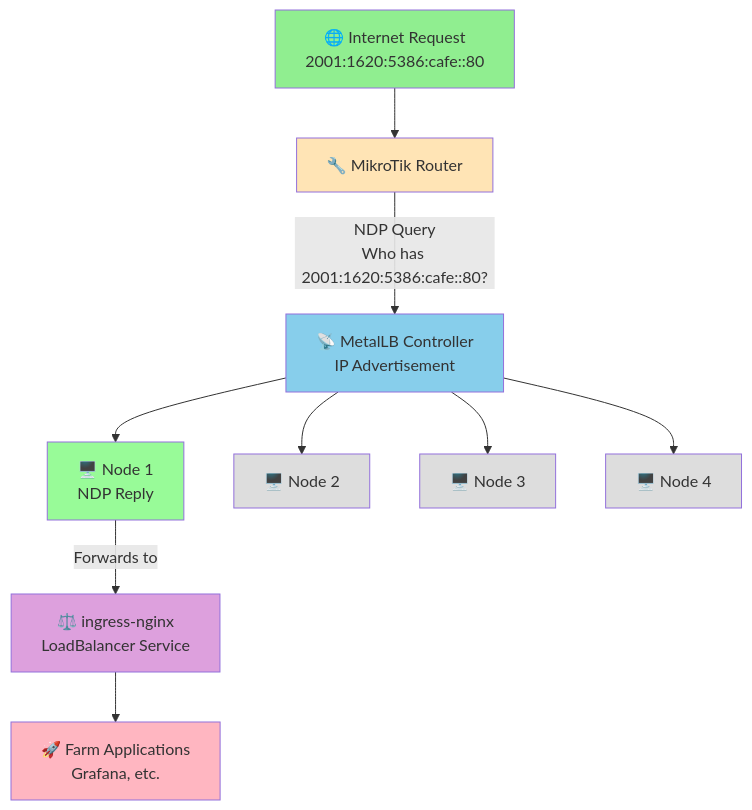
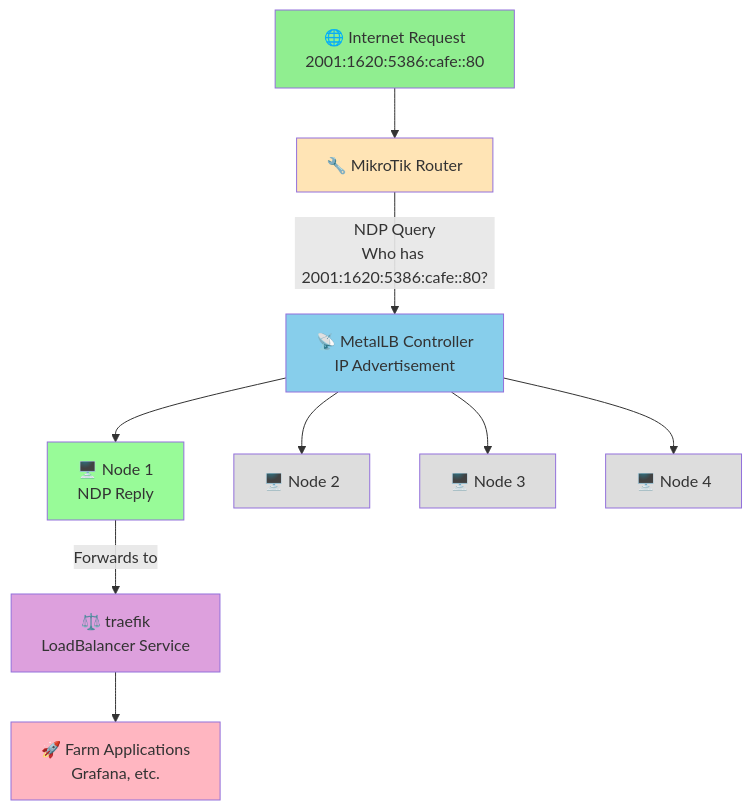
One commit to clementnuss/presentations changed the diagram in 2026/09-swiss-cloudnative-farm/drawings/network.mermaid. Above: the diagram before and after it, drawn with Mermaid. The commit also changed 2 other files, not shown here.

```diff
--- a/2026/09-swiss-cloudnative-farm/drawings/network.mermaid
+++ b/2026/09-swiss-cloudnative-farm/drawings/network.mermaid
@@ -1,21 +1,21 @@
 flowchart TD
     A[🌐 Internet Request<br/>2001:1620:5386:cafe::80] --> B[🔧 MikroTik Router]
     B --> |NDP Query<br/>Who has 2001:1620:5386:cafe::80?| C[📡 MetalLB Controller<br/>IP Advertisement]
     
     C --> D[🖥️ Node 1<br/>NDP Reply]
     C --> E[🖥️ Node 2]
     C --> F[🖥️ Node 3]  
     C --> G[🖥️ Node 4]
     
-    D --> |Forwards to| H[⚖️ ingress-nginx<br/>LoadBalancer Service]
+    D --> |Forwards to| H[⚖️ traefik<br/>LoadBalancer Service]
     H --> I[🚀 Farm Applications<br/>Grafana, etc.]
     
     style A fill:#90EE90
     style B fill:#FFE4B5
     style C fill:#87CEEB
     style D fill:#98FB98
     style E fill:#DDD
     style F fill:#DDD
     style G fill:#DDD
     style H fill:#DDA0DD
     style I fill:#FFB6C1
```
